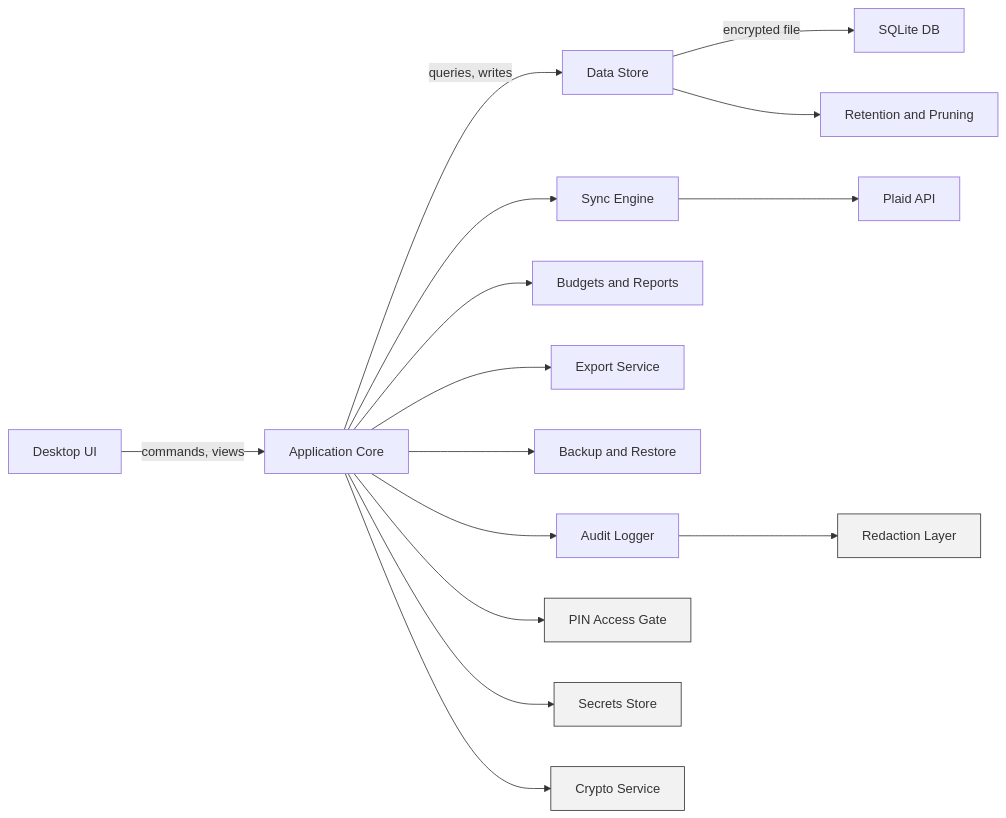
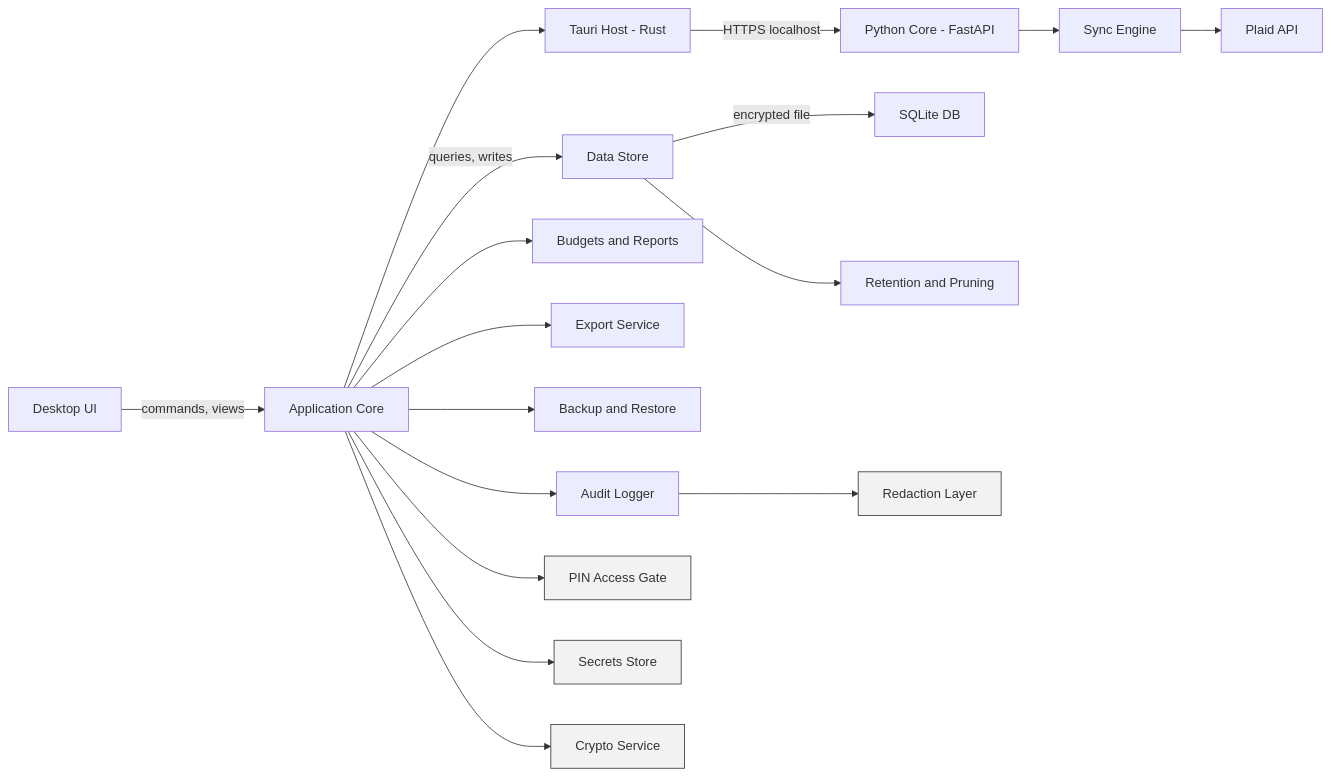
One commit to baquerrj/godzilla changed the first of 2 diagrams in docs/design/architecture-overview.md. Above: the diagram before and after it, drawn with Mermaid. The commit also changed other lines of this file and 1 other file, not shown here.

````diff
--- a/docs/design/architecture-overview.md
+++ b/docs/design/architecture-overview.md
@@ -12,28 +18,30 @@
 ```mermaid
 flowchart LR
   UI[Desktop UI] -->|commands, views| APP[Application Core]
+  APP --> BRIDGE[Tauri Host - Rust]
+  BRIDGE -->|HTTPS localhost| PY[Python Core - FastAPI]
   APP -->|queries, writes| STORE[Data Store]
   STORE -->|encrypted file| SQLITE[SQLite DB]
 
-  APP --> SYNC[Sync Engine]
+  PY --> SYNC[Sync Engine]
   SYNC --> PLAID[Plaid API]
 
   APP --> REPORTS[Budgets and Reports]
   APP --> EXPORTS[Export Service]
   APP --> BACKUP[Backup and Restore]
 
   APP --> AUDIT[Audit Logger]
   AUDIT --> REDACT[Redaction Layer]
 
   APP --> AUTH[PIN Access Gate]
   APP --> SECRETS[Secrets Store]
   APP --> CRYPTO[Crypto Service]
 
   STORE --> RETAIN[Retention and Pruning]
 
   classDef sec fill:#f2f2f2,stroke:#333,stroke-width:1px;
   AUTH:::sec
   SECRETS:::sec
   CRYPTO:::sec
   REDACT:::sec
 ```
````
